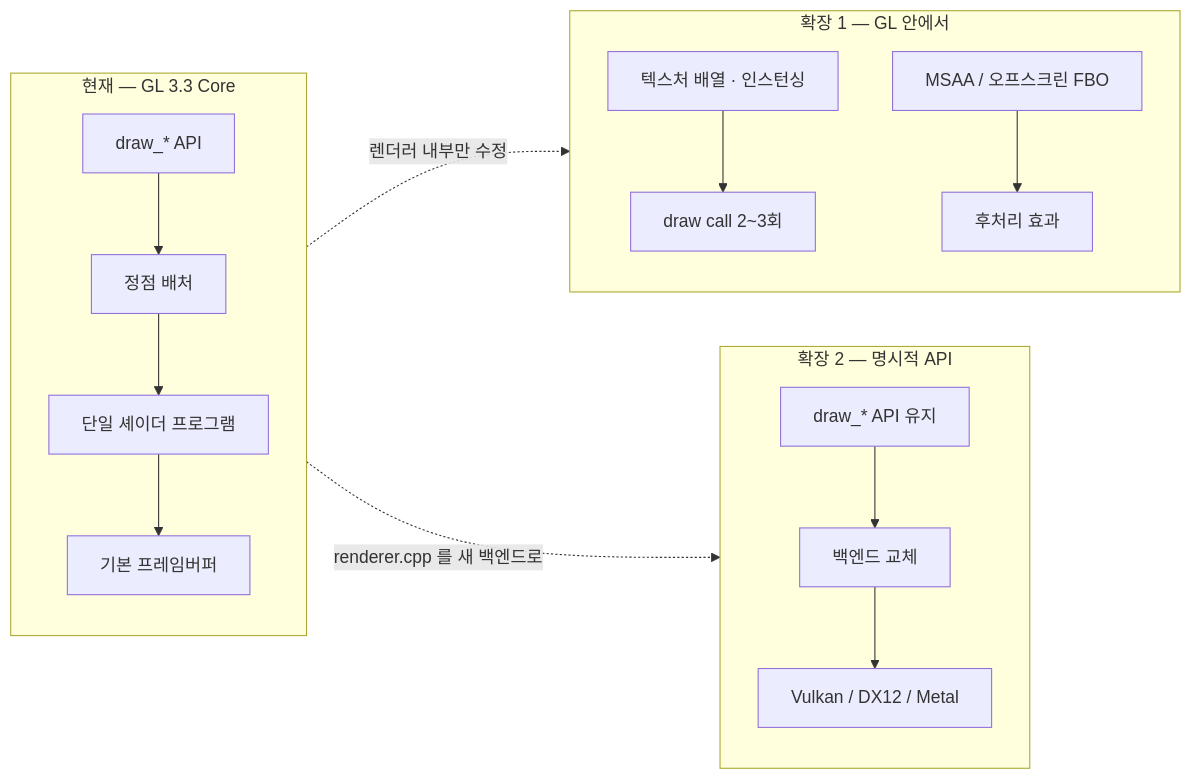
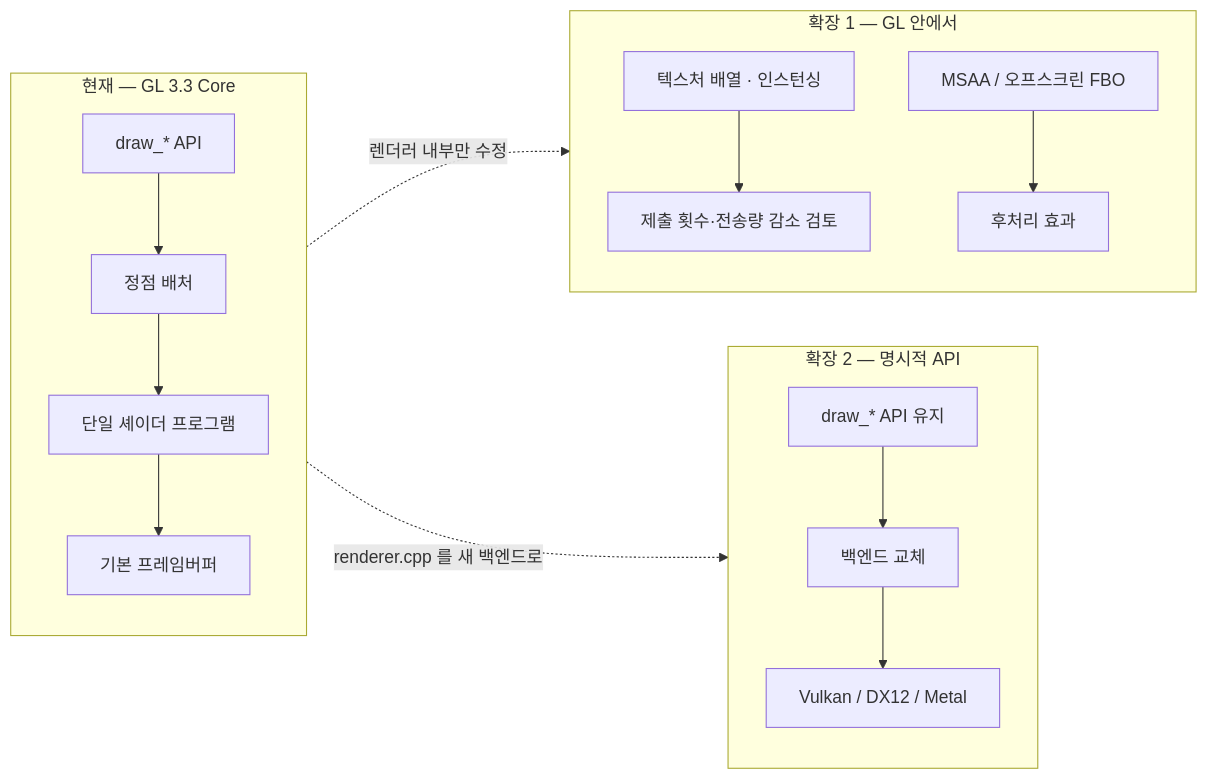
One commit to Rein-ArXiv/Tetris-Multiplayer-RL changed the seventh of 7 diagrams in docs/blog/part3-rendering-and-ui.md. Above: the diagram before and after it, drawn with Mermaid. The commit also changed other lines of this file and 13 other files, not shown here.

````diff
--- a/docs/blog/part3-rendering-and-ui.md
+++ b/docs/blog/part3-rendering-and-ui.md
@@ -3017,15 +3005,15 @@
 ```mermaid
 graph LR
     subgraph NOW["현재 — GL 3.3 Core"]
         A1["draw_* API"] --> A2["정점 배처"] --> A3["단일 셰이더 프로그램"] --> A4["기본 프레임버퍼"]
     end
     subgraph P1["확장 1 — GL 안에서"]
-        B1["텍스처 배열 · 인스턴싱"] --> B2["draw call 2~3회"]
+        B1["텍스처 배열 · 인스턴싱"] --> B2["제출 횟수·전송량 감소 검토"]
         B3["MSAA / 오프스크린 FBO"] --> B4["후처리 효과"]
     end
     subgraph P2["확장 2 — 명시적 API"]
         C1["draw_* API 유지"] --> C2["백엔드 교체"] --> C3["Vulkan / DX12 / Metal"]
     end
     NOW -.->|"렌더러 내부만 수정"| P1
     NOW -.->|"renderer.cpp 를 새 백엔드로"| P2
 ```
````
